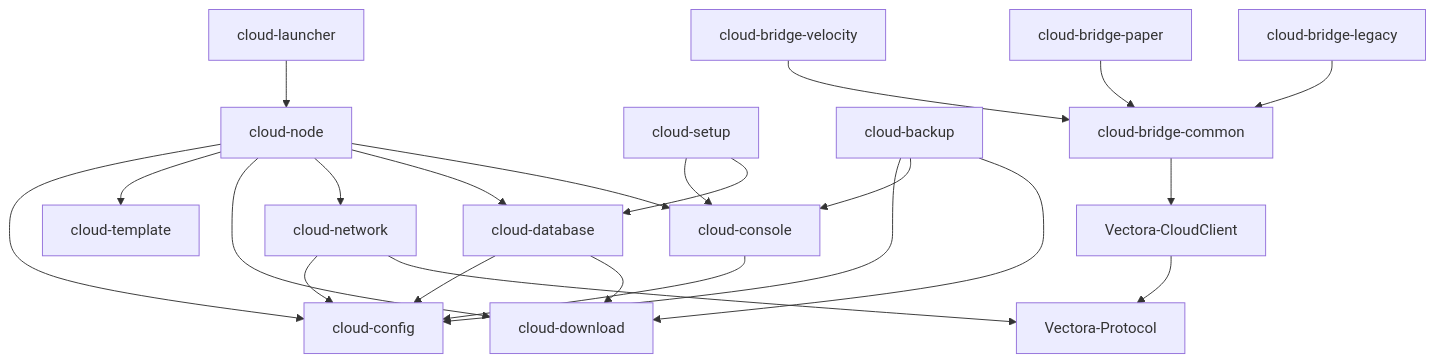
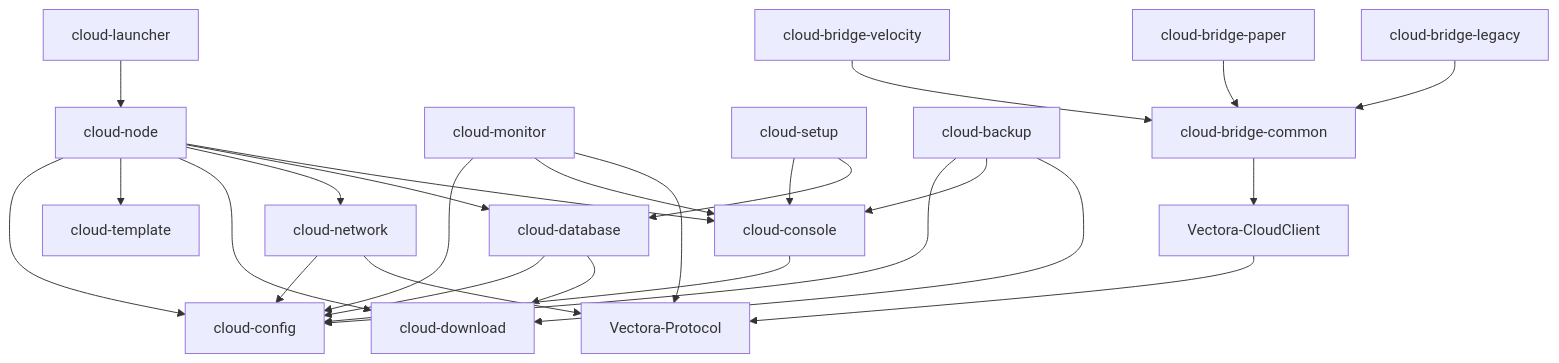
Before and after one commit to VectoDE/VectolynCloud: the diagram in docs/cloud/architecture.md, drawn with Mermaid. The commit also changed other lines of this file and 80 other files, not shown here.

First line of the commit message:
feat(cloud-monitor): metrics, history, alert rules, webhook and Prometheus (#46)

````diff
--- a/docs/cloud/architecture.md
+++ b/docs/cloud/architecture.md
@@ -36,25 +37,28 @@
 ```mermaid
 graph TD
     launcher[cloud-launcher] --> node[cloud-node]
     node --> config[cloud-config]
     node --> template[cloud-template]
     node --> download[cloud-download]
     node --> network[cloud-network]
     node --> database[cloud-database]
     node --> console[cloud-console]
+    monitor[cloud-monitor] --> config
+    monitor --> console
+    monitor --> protocol
     database --> config
     console[cloud-console] --> config
     setup[cloud-setup] --> console
     setup --> database
     backup[cloud-backup] --> config
     backup --> console
     backup --> download
     database --> download
     network --> config
     network --> protocol[Vectora-Protocol]
     client[Vectora-CloudClient] --> protocol
     bcom[cloud-bridge-common] --> client
     bvel[cloud-bridge-velocity] --> bcom
     bpap[cloud-bridge-paper] --> bcom
     bleg[cloud-bridge-legacy] --> bcom
 ```
````
